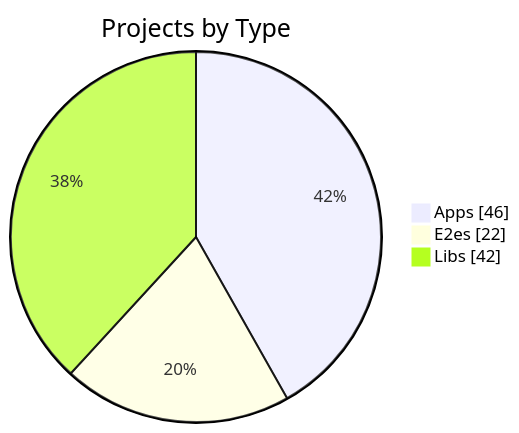
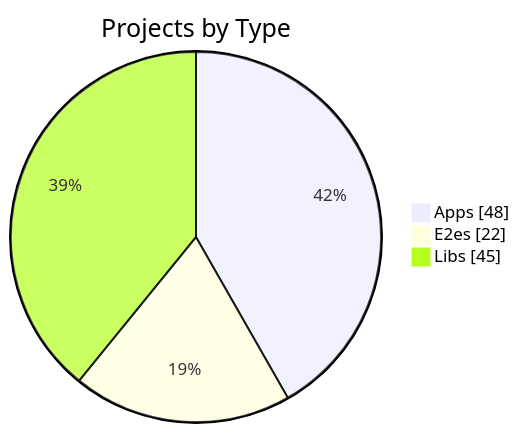
One commit to KBVE/kbve changed the first of 3 diagrams in apps/kbve/astro-kbve/src/content/docs/dashboard/graph.mdx. Above: the diagram before and after it, drawn with Mermaid. The commit also changed other lines of this file and 8 other files, not shown here.

````diff
--- a/apps/kbve/astro-kbve/src/content/docs/dashboard/graph.mdx
+++ b/apps/kbve/astro-kbve/src/content/docs/dashboard/graph.mdx
@@ -56,7 +56,7 @@
 ```mermaid
 pie showData
     title Projects by Type
-    "Apps" : 46
+    "Apps" : 48
     "E2es" : 22
-    "Libs" : 42
+    "Libs" : 45
 ```
````
